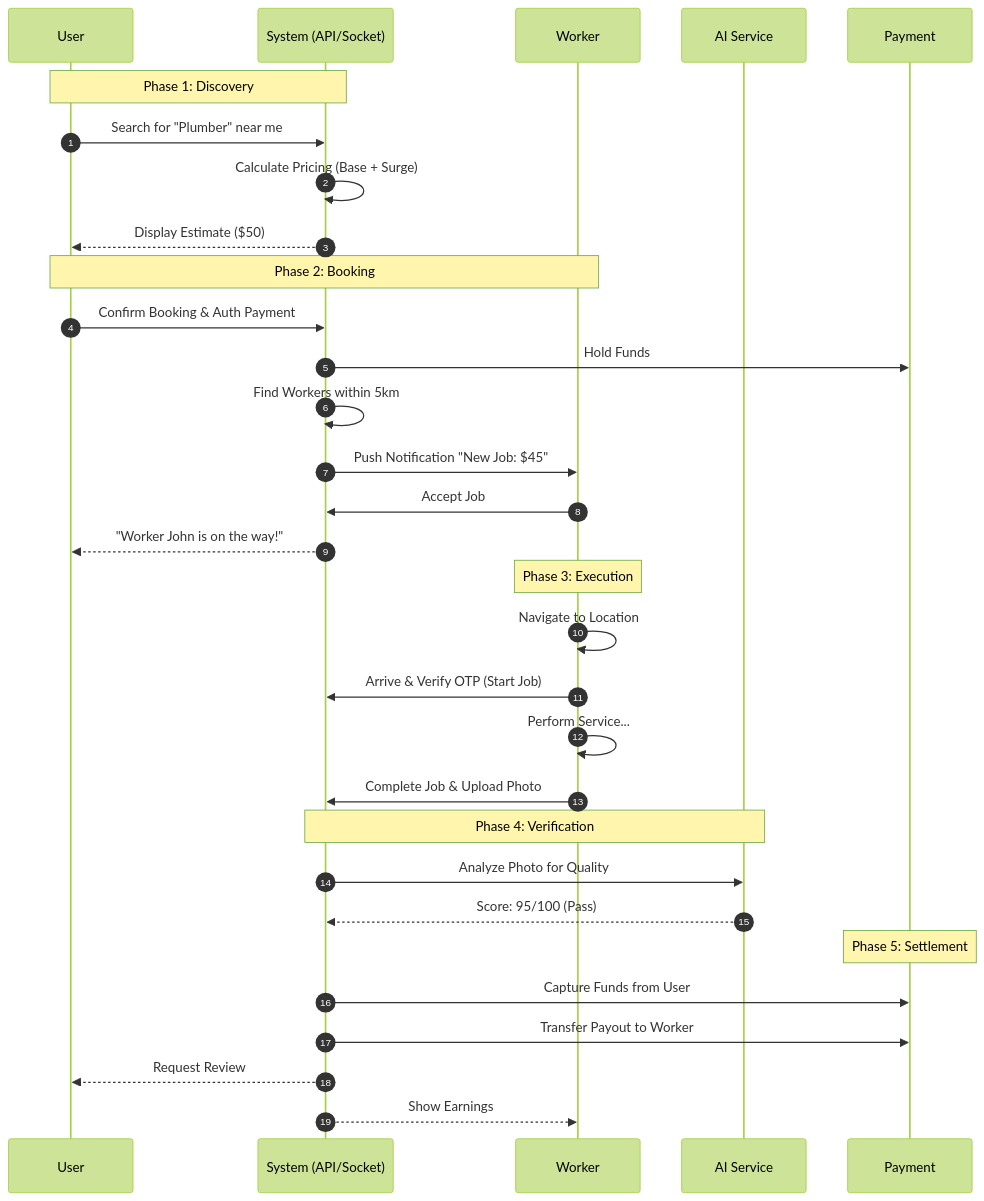
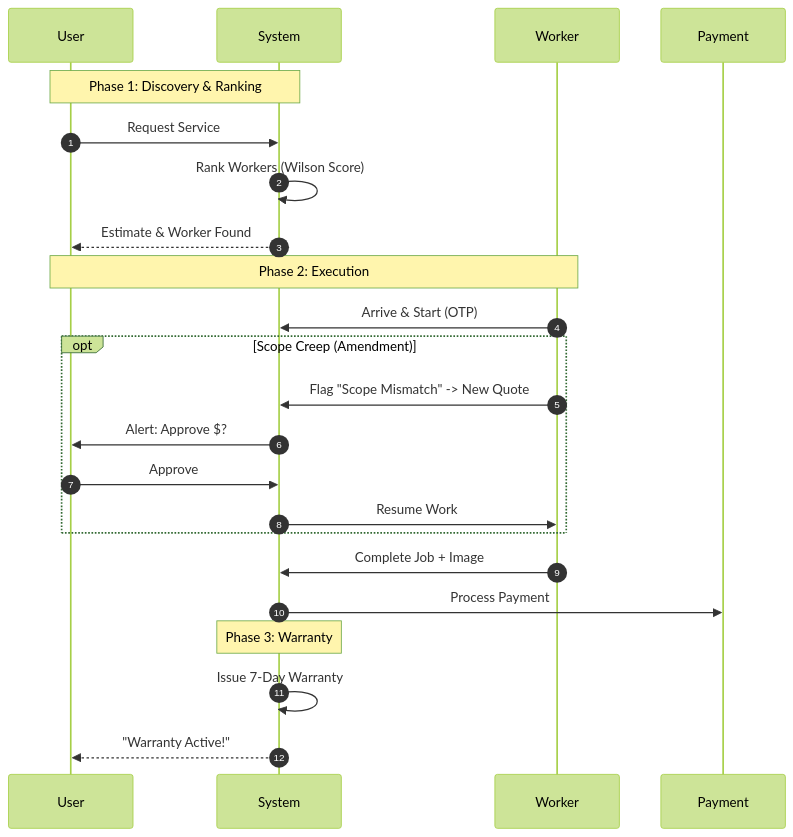
Before and after one commit to Somilg11/oddigo-v2: the second of 5 diagrams in docs_detailed_flows/detailed/COMBINED_FLOWS.md, drawn with Mermaid (forest theme). The commit also changed other lines of this file and 4 other files, not shown here.

````diff
--- a/docs_detailed_flows/detailed/COMBINED_FLOWS.md
+++ b/docs_detailed_flows/detailed/COMBINED_FLOWS.md
@@ -66,38 +41,30 @@
 ```mermaid
 sequenceDiagram
     autonumber
     participant U as User
-    participant S as System (API/Socket)
+    participant S as System
     participant W as Worker
-    participant AI as AI Service
     participant P as Payment
 
-    Note over U, S: Phase 1: Discovery
-    U->>S: Search for "Plumber" near me
-    S->>S: Calculate Pricing (Base + Surge)
-    S-->>U: Display Estimate ($50)
+    Note over U, S: Phase 1: Discovery & Ranking
+    U->>S: Request Service
+    S->>S: Rank Workers (Wilson Score)
+    S-->>U: Estimate & Worker Found
 
-    Note over U, W: Phase 2: Booking
-    U->>S: Confirm Booking & Auth Payment
-    S->>P: Hold Funds
-    S->>S: Find Workers within 5km
-    S->>W: Push Notification "New Job: $45"
-    W->>S: Accept Job
-    S-->>U: "Worker John is on the way!"
-
-    Note over W: Phase 3: Execution
-    W->>W: Navigate to Location
-    W->>S: Arrive & Verify OTP (Start Job)
-    W->>W: Perform Service...
-    W->>S: Complete Job & Upload Photo
+    Note over U, W: Phase 2: Execution
+    W->>S: Arrive & Start (OTP)
     
-    Note over S, AI: Phase 4: Verification
-    S->>AI: Analyze Photo for Quality
-    AI-->>S: Score: 95/100 (Pass)
+    opt Scope Creep (Amendment)
+        W->>S: Flag "Scope Mismatch" -> New Quote
+        S->>U: Alert: Approve $?
+        U->>S: Approve
+        S->>W: Resume Work
+    end
     
-    Note over P: Phase 5: Settlement
-    S->>P: Capture Funds from User
-    S->>P: Transfer Payout to Worker
-    S-->>U: Request Review
-    S-->>W: Show Earnings
+    W->>S: Complete Job + Image
+    S->>P: Process Payment
+    
+    Note over S: Phase 3: Warranty
+    S->>S: Issue 7-Day Warranty
+    S-->>U: "Warranty Active!"
 ```
````
